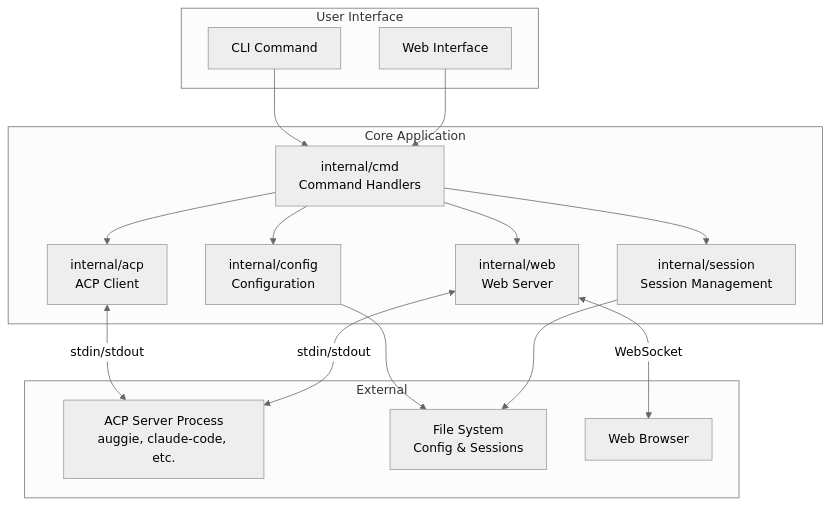
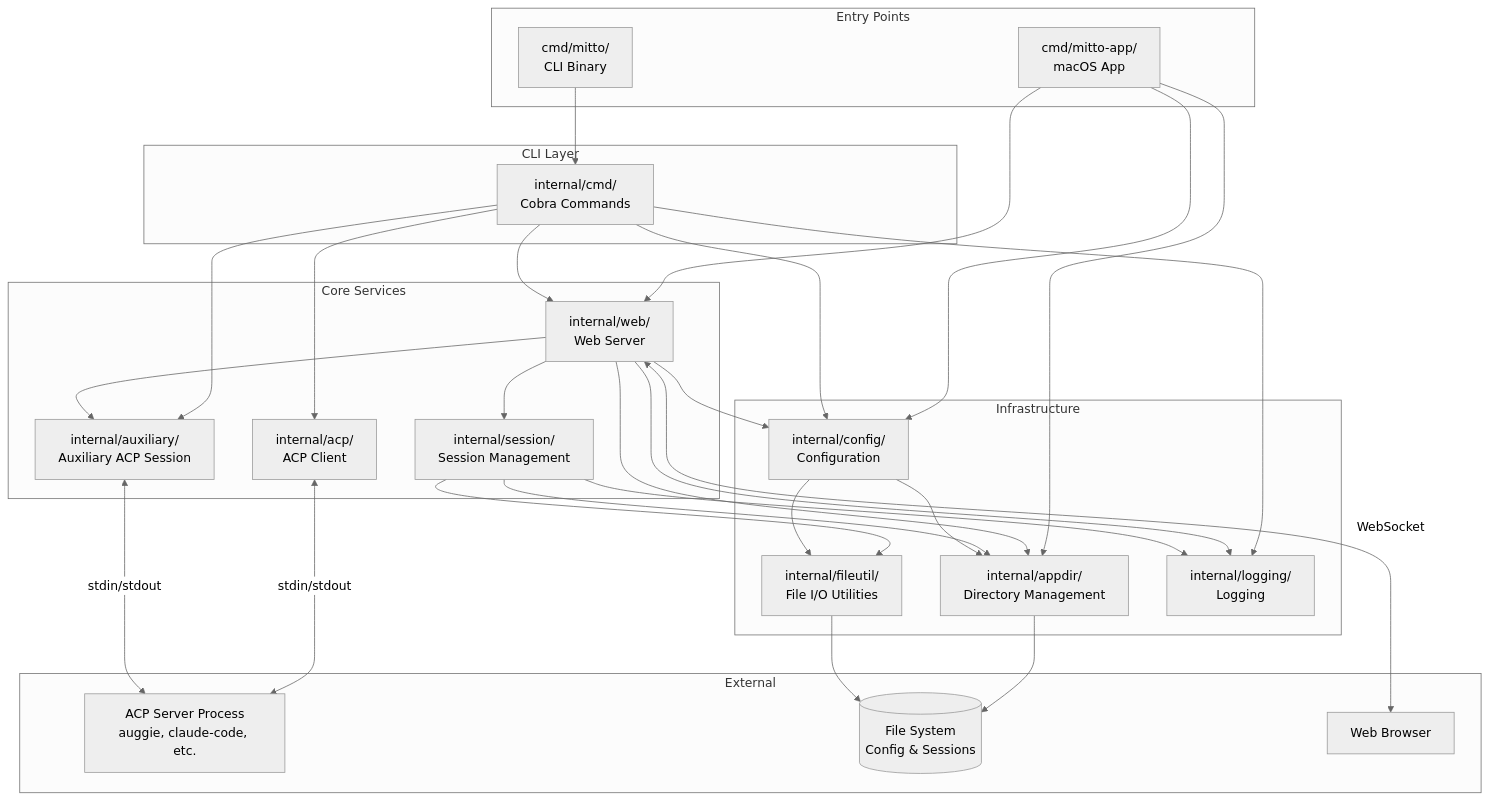
The first of 8 diagrams in docs/architecture.md (inercia/mitto), drawn with Mermaid (neutral theme) before and after one commit. The commit also changed 5 other files, not shown here.

````diff
--- a/docs/architecture.md
+++ b/docs/architecture.md
@@ -11,33 +11,63 @@
 ```mermaid
 graph TB
-    subgraph "User Interface"
-        CLI[CLI Command]
-        Web[Web Interface]
+    subgraph "Entry Points"
+        MITTO[cmd/mitto/<br/>CLI Binary]
+        MITTOAPP[cmd/mitto-app/<br/>macOS App]
     end
 
-    subgraph "Core Application"
-        CMD[internal/cmd<br/>Command Handlers]
-        ACP[internal/acp<br/>ACP Client]
-        WEBPKG[internal/web<br/>Web Server]
-        CFG[internal/config<br/>Configuration]
-        SES[internal/session<br/>Session Management]
+    subgraph "CLI Layer"
+        CMD[internal/cmd/<br/>Cobra Commands]
+    end
+
+    subgraph "Core Services"
+        ACP[internal/acp/<br/>ACP Client]
+        WEBPKG[internal/web/<br/>Web Server]
+        SES[internal/session/<br/>Session Management]
+        AUX[internal/auxiliary/<br/>Auxiliary ACP Session]
+    end
+
+    subgraph "Infrastructure"
+        CFG[internal/config/<br/>Configuration]
+        APPDIR[internal/appdir/<br/>Directory Management]
+        FILEUTIL[internal/fileutil/<br/>File I/O Utilities]
+        LOG[internal/logging/<br/>Logging]
     end
 
     subgraph "External"
         AGENT[ACP Server Process<br/>auggie, claude-code, etc.]
-        FS[File System<br/>Config & Sessions]
+        FS[(File System<br/>Config & Sessions)]
         BROWSER[Web Browser]
     end
 
-    CLI --> CMD
-    Web --> CMD
-    CMD --> CFG
+    %% Entry point dependencies
+    MITTO --> CMD
+    MITTOAPP --> WEBPKG
+    MITTOAPP --> CFG
+    MITTOAPP --> APPDIR
+
+    %% CMD dependencies
     CMD --> ACP
     CMD --> WEBPKG
-    CMD --> SES
+    CMD --> CFG
+    CMD --> AUX
+    CMD --> LOG
+
+    %% Core service dependencies
+    WEBPKG --> SES
+    WEBPKG --> CFG
+    WEBPKG --> AUX
+    WEBPKG --> APPDIR
+    WEBPKG --> LOG
+    SES --> FILEUTIL
+    SES --> APPDIR
+    SES --> LOG
+    CFG --> APPDIR
+    CFG --> FILEUTIL
+
+    %% External connections
     ACP <-->|stdin/stdout| AGENT
-    WEBPKG <-->|stdin/stdout| AGENT
+    AUX <-->|stdin/stdout| AGENT
     WEBPKG <-->|WebSocket| BROWSER
-    CFG --> FS
-    SES --> FS
+    APPDIR --> FS
+    FILEUTIL --> FS
 ```
````
